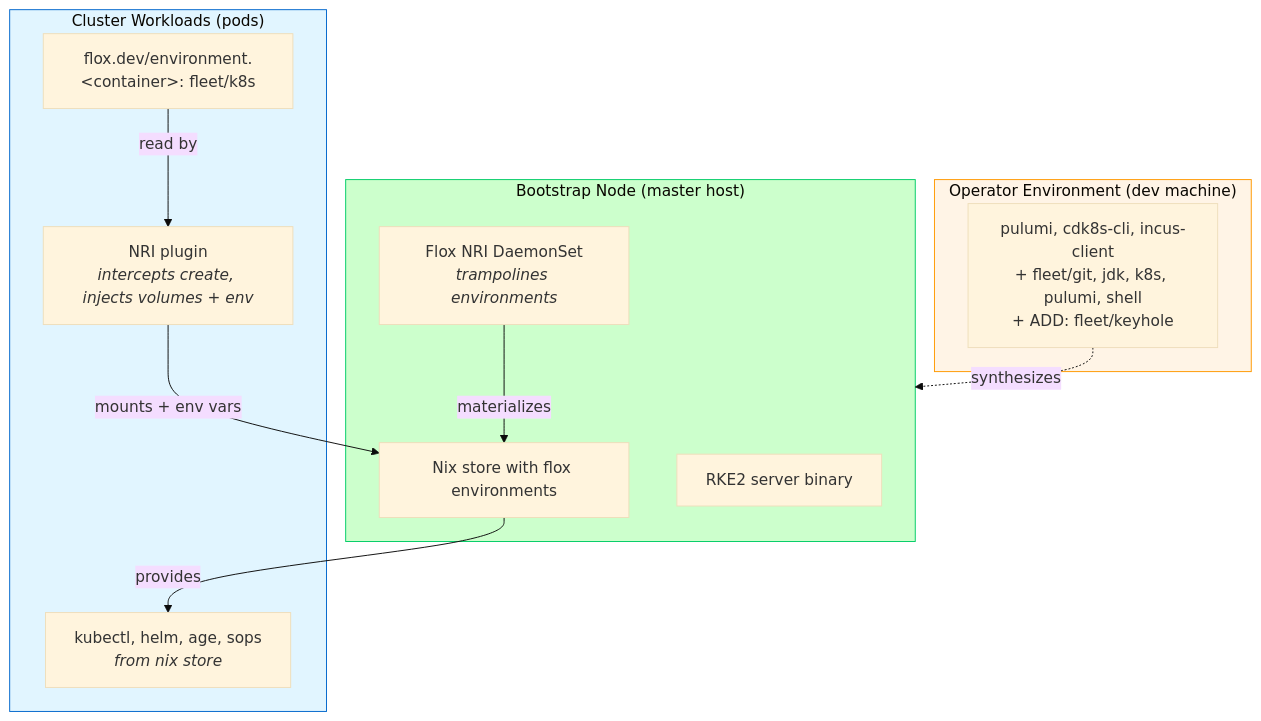
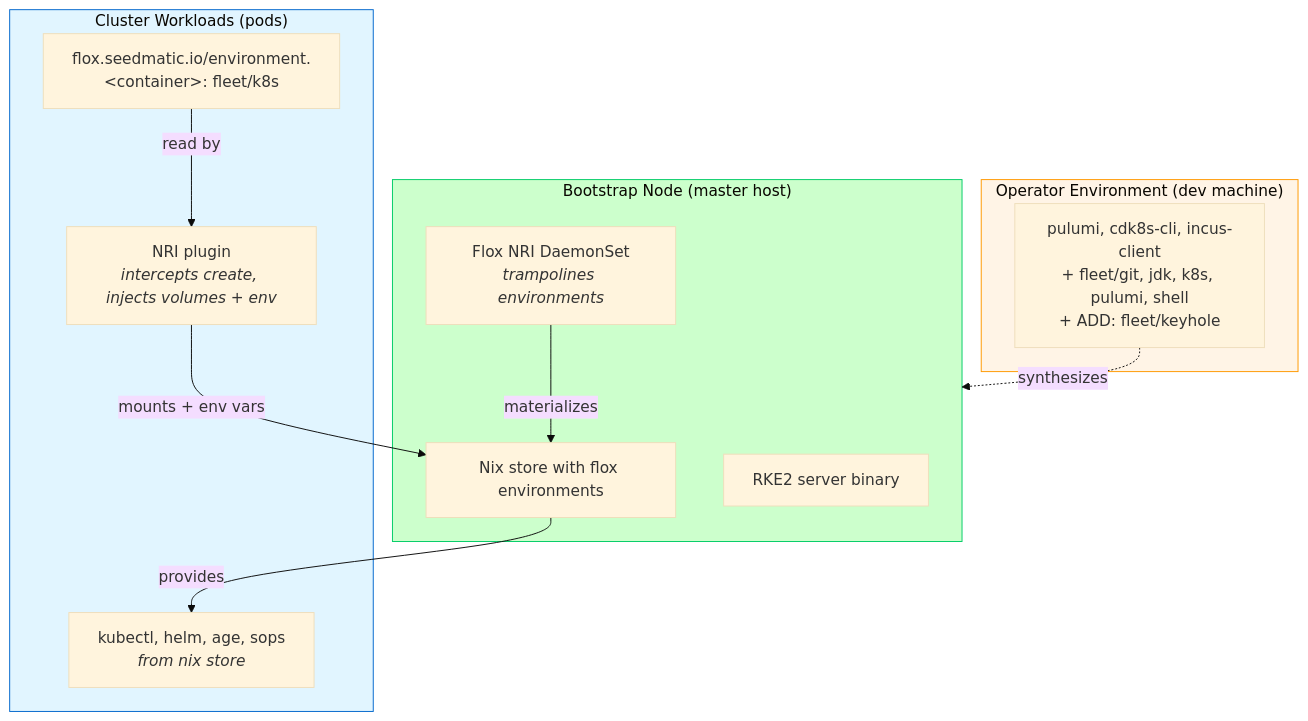
The diagram in docs/architecture/cluster-api/cluster-api-bootstrap-requirements.adoc (nxmatic/rke2lab), drawn with Mermaid (base theme) before and after one commit. The commit also changed other lines of this file and 2 other files, not shown here.

First line of the commit message:
docs(flox): migrate the pod annotation to flox.seedmatic.io/*

```diff
--- a/docs/architecture/cluster-api/cluster-api-bootstrap-requirements.adoc
+++ b/docs/architecture/cluster-api/cluster-api-bootstrap-requirements.adoc
@@ -72,29 +72,29 @@
 [mermaid]
 ----
 graph TB
     subgraph Operator["Operator Environment (dev machine)"]
         OpTools[pulumi, cdk8s-cli, incus-client<br/>+ fleet/git, jdk, k8s, pulumi, shell<br/>+ ADD: fleet/keyhole]
     end
 
     subgraph BootstrapNode["Bootstrap Node (master host)"]
         RKE2[RKE2 server binary]
         NixStore[Nix store with flox environments]
         DaemonSet[Flox NRI DaemonSet<br/><i>trampolines environments</i>]
     end
 
     subgraph Pods["Cluster Workloads (pods)"]
-        Annotation["flox.dev/environment.&lt;container&gt;: fleet/k8s"]
+        Annotation["flox.seedmatic.io/environment.&lt;container&gt;: fleet/k8s"]
         NRI[NRI plugin<br/><i>intercepts create, injects volumes + env</i>]
         Executables[kubectl, helm, age, sops<br/><i>from nix store</i>]
     end
 
     OpTools -.->|synthesizes| BootstrapNode
     DaemonSet -->|materializes| NixStore
     Annotation -->|read by| NRI
     NRI -->|mounts + env vars| NixStore
     NixStore -->|provides| Executables
 
     style Operator fill:#fff4e6,stroke:#ff9900
     style BootstrapNode fill:#ccffcc,stroke:#00cc66
     style Pods fill:#e1f5ff,stroke:#0066cc
 ----
```
